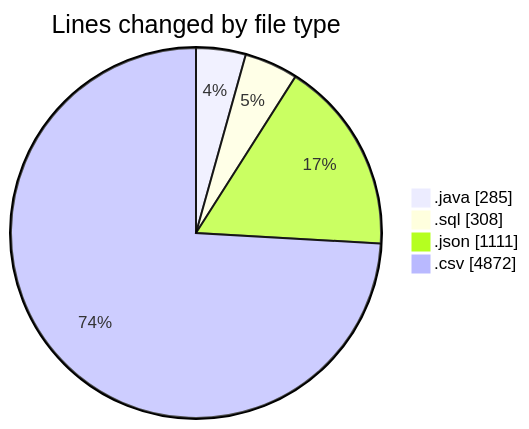
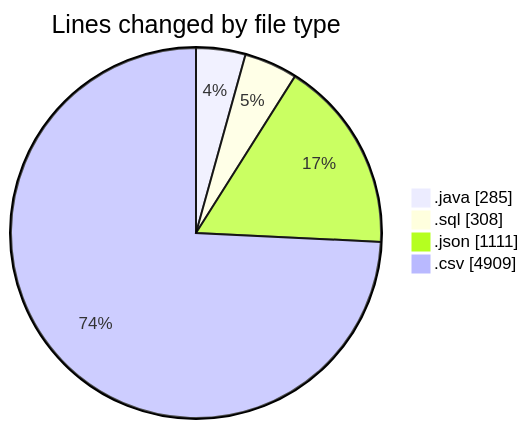
Before and after one commit to ricardozamudiocil/code-tracking: the first of 2 diagrams in 2026-06-02/cilapp/README.md, drawn with Mermaid. The commit also changed other lines of this file and 1 other file, not shown here.

````diff
--- a/2026-06-02/cilapp/README.md
+++ b/2026-06-02/cilapp/README.md
@@ -30,8 +32,8 @@
 ```mermaid
 pie showData
 title Lines changed by file type
 ".java" : 285
 ".sql" : 308
 ".json" : 1111
-".csv" : 4872
+".csv" : 4909
 ```
````
